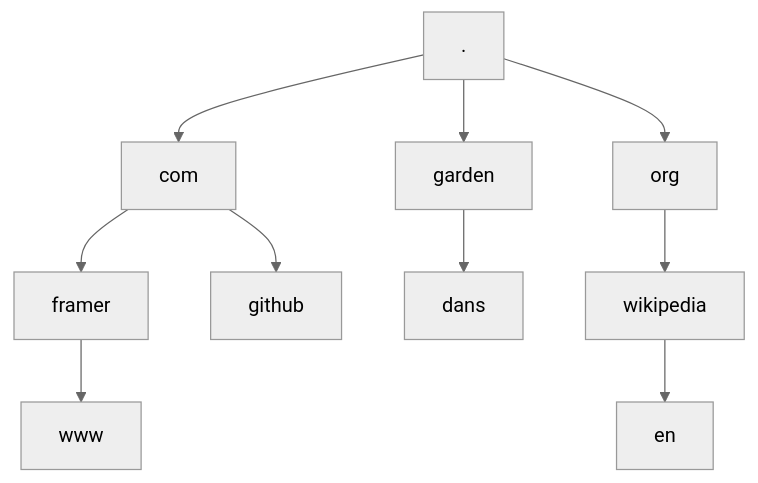
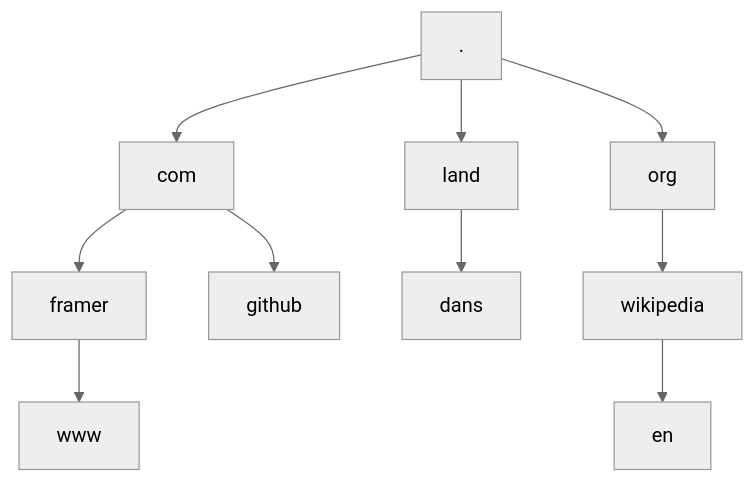
The diagram in data/garden/computer-networks/dns.md (danillouz/dans.land), drawn with Mermaid (neutral theme) before and after one commit. The commit also changed other lines of this file, not shown here.

````diff
--- a/data/garden/computer-networks/dns.md
+++ b/data/garden/computer-networks/dns.md
@@ -77,14 +91,14 @@
 ```mermaid
 graph TD;
   accTitle: Domain name hierarchy
   accDescr: A hierarchy from the DNS root to top-level domains, second-level domains, and subdomains.
   A[.]-->B[com];
-  A-->C[garden];
+  A-->C[land];
   A-->D[org];
   B-->E[framer];
   B-->F[github];
   C-->G[dans]
   D-->H[wikipedia]
   E-->I[www]
   H-->J[en]
 ```
````
